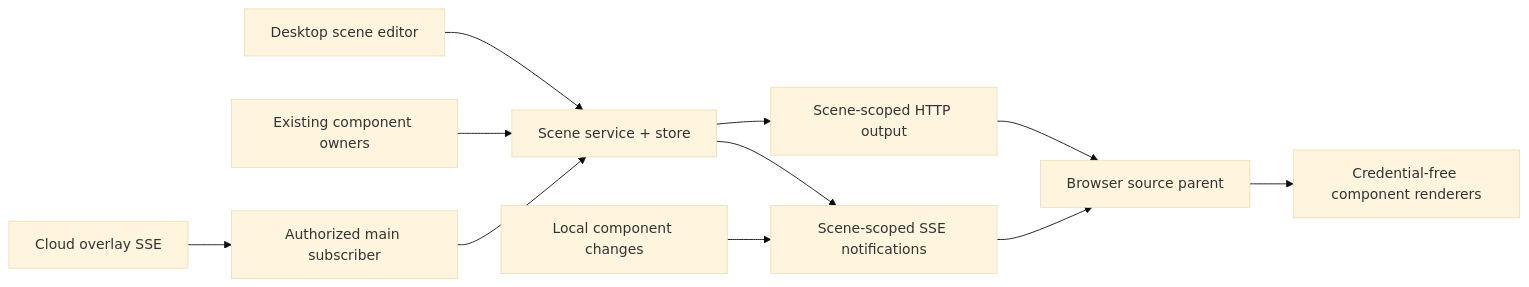
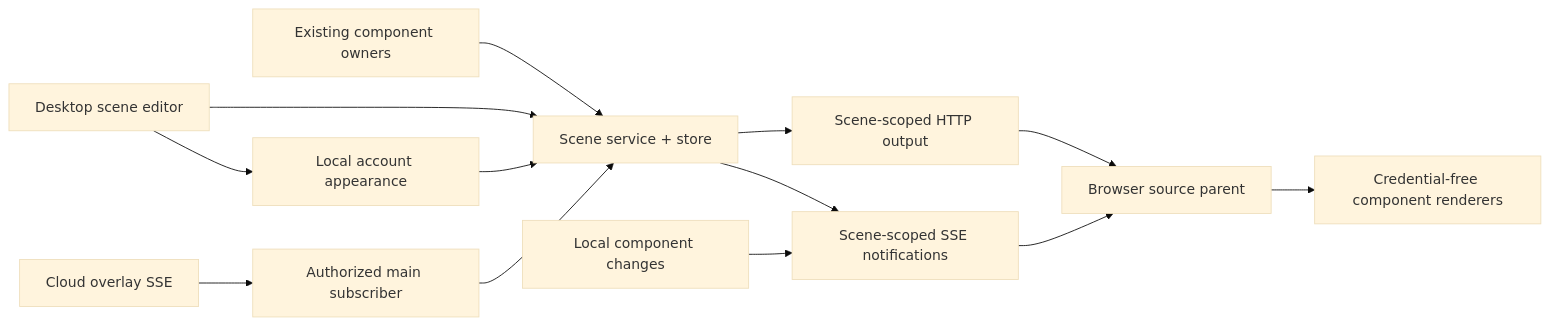
Before and after one commit to AuroraWhisperer/LIRA: the diagram in docs/architecture/adr/0022-local-component-scenes.md, drawn with Mermaid (base theme). The commit also changed other lines of this file and 93 other files, not shown here.

````diff
--- a/docs/architecture/adr/0022-local-component-scenes.md
+++ b/docs/architecture/adr/0022-local-component-scenes.md
@@ -68,13 +86,15 @@
 ```mermaid
 flowchart LR
   Admin["Desktop scene editor"] --> Scene["Scene service + store"]
   Defaults["Existing component owners"] --> Scene
+  Appearance["Local account appearance"] --> Scene
+  Admin --> Appearance
   Cloud["Cloud overlay SSE"] --> Main["Authorized main subscriber"]
   Main --> Scene
   Scene --> Output["Scene-scoped HTTP output"]
   Output --> Parent["Browser source parent"]
   Runtime["Local component changes"] --> Events["Scene-scoped SSE notifications"]
   Scene --> Events
   Events --> Parent
   Parent --> Frames["Credential-free component renderers"]
 ```
````
